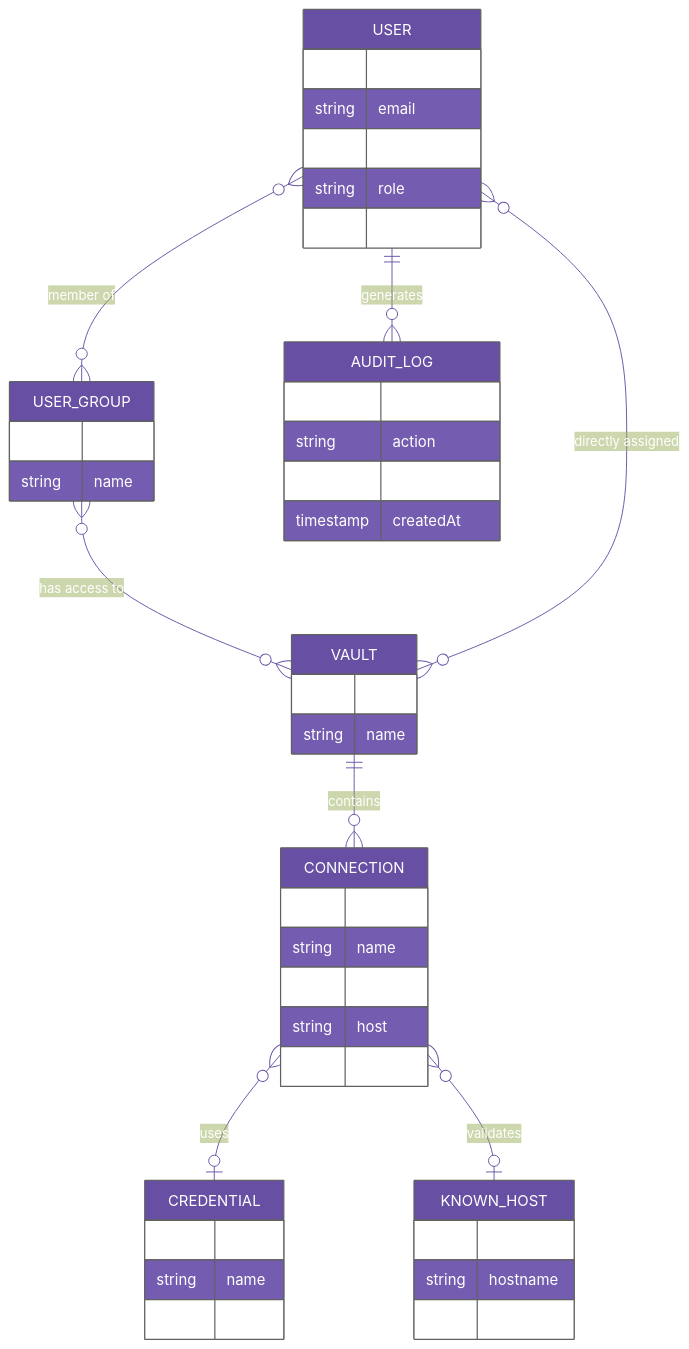
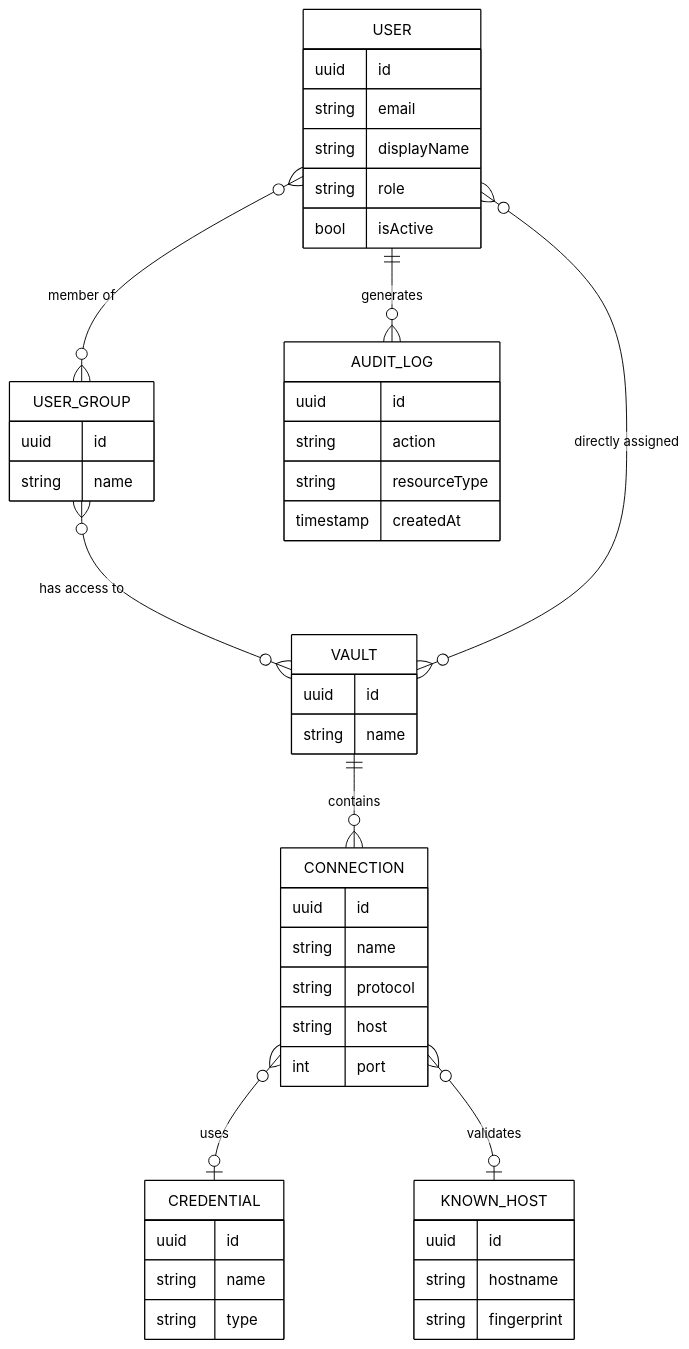
Before and after one commit to alessandrocaetanob/smooth-operator: the third of 3 diagrams in README.md, drawn with Mermaid. The commit also changed other lines of this file and 7 other files, not shown here.

First line of the commit message:
docs: improve Mermaid diagram contrast and add project configurations (#94)

````diff
--- a/README.md
+++ b/README.md
@@ -95,50 +139,62 @@
 ```mermaid
-%%{init: {'theme': 'base', 'themeVariables': {'primaryColor': '#6750A4', 'primaryTextColor': '#FFFFFF', 'lineColor': '#6750A4', 'secondaryColor': '#EAD7FF'}}}%%
+%%{init: {
+  'theme': 'base',
+  'themeVariables': {
+    'primaryColor': '#ffffff',
+    'primaryBorderColor': '#000000',
+    'primaryTextColor': '#000000',
+    'lineColor': '#000000',
+    'fontSize': '16px',
+    'fontFamily': 'Inter, system-ui, sans-serif',
+    'mainBkg': '#ffffff',
+    'edgeLabelBackground': '#ffffff'
+  }
+}}%%
 erDiagram
     USER {
         uuid    id
         string  email
         string  displayName
         string  role
         bool    isActive
     }
     USER_GROUP {
         uuid    id
         string  name
     }
     VAULT {
         uuid    id
         string  name
     }
     CONNECTION {
         uuid    id
         string  name
         string  protocol
         string  host
         int     port
     }
     CREDENTIAL {
         uuid    id
         string  name
         string  type
     }
     KNOWN_HOST {
         uuid    id
         string  hostname
         string  fingerprint
     }
     AUDIT_LOG {
         uuid      id
         string    action
         string    resourceType
         timestamp createdAt
     }
 
     USER        }o--o{  USER_GROUP  : "member of"
     USER_GROUP  }o--o{  VAULT       : "has access to"
     USER        }o--o{  VAULT       : "directly assigned"
     VAULT       ||--o{  CONNECTION  : "contains"
     CONNECTION  }o--o|  CREDENTIAL  : "uses"
     CONNECTION  }o--o|  KNOWN_HOST  : "validates"
     USER        ||--o{  AUDIT_LOG   : "generates"
 ```
````
